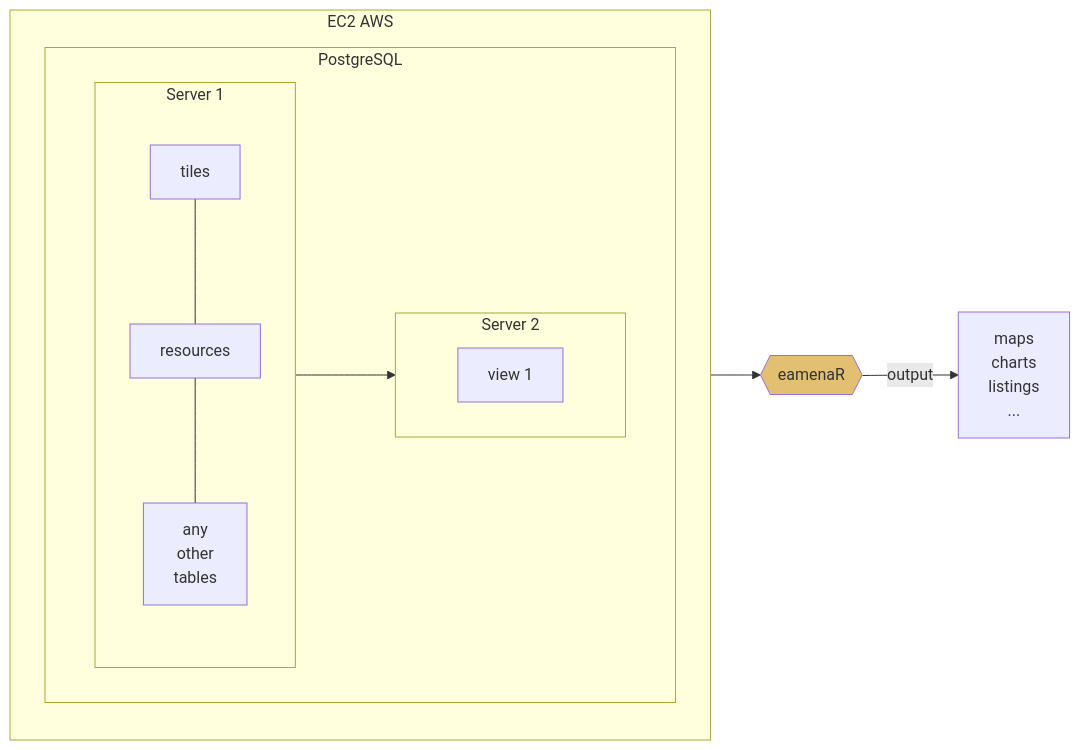
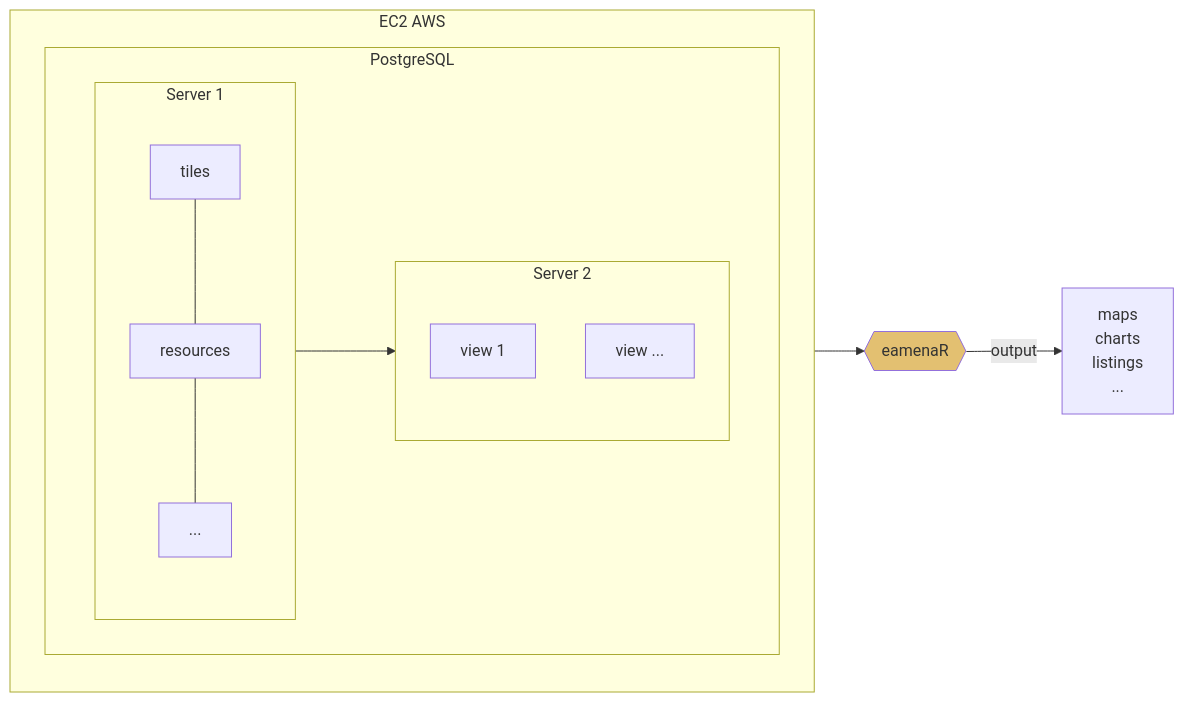
One commit to eamena-project/eamena-arches-dev changed the third of 5 diagrams in dev/README.md. Above: the diagram before and after it, drawn with Mermaid.

Commit message:
views diagram

````diff
--- a/dev/README.md
+++ b/dev/README.md
@@ -40,22 +40,23 @@
 ```mermaid
 flowchart LR
   subgraph EC2 [EC2 AWS]
     direction TB
     subgraph PostgreSQL
         direction LR
         subgraph DB [Server 1]
             direction TB
             A[tiles] --- B[resources]
-            B --- Z[any<br>other<br>tables]
+            B --- Z[...]
         end
         subgraph VIEWS [Server 2]
-            direction LR
-            C[view 1]
+            direction TB
+            C[view 1] 
+            Y[view ...]
         end
     end
   end
   DB --> VIEWS
   VIEWS --> D{{eamenaR}}:::eamenaRpkg
   D -- output--> E[maps<br>charts<br>listings<br>...]
   classDef eamenaRpkg fill:#e3c071
 ```
````
